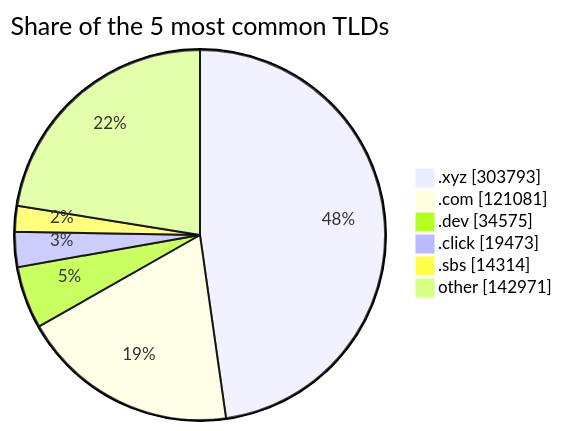
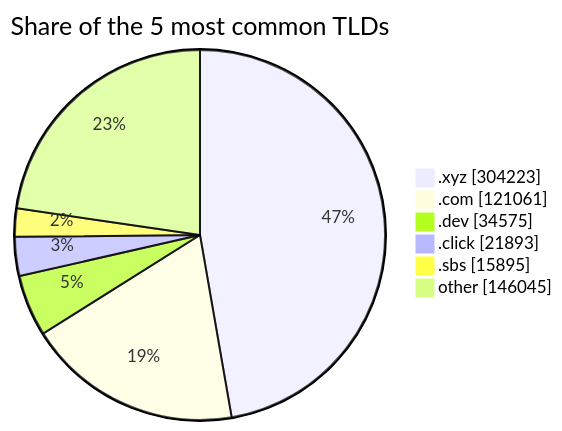
The third of 3 diagrams in README.md (DNSBunker/CTI), drawn with Mermaid before and after one commit. The commit also changed other lines of this file and 3 other files, not shown here.

````diff
--- a/README.md
+++ b/README.md
@@ -81,9 +81,9 @@
 ```mermaid
 pie showData title Share of the 5 most common TLDs
-    ".xyz" : 303793
-    ".com" : 121081
+    ".xyz" : 304223
+    ".com" : 121061
     ".dev" : 34575
-    ".click" : 19473
-    ".sbs" : 14314
-    "other" : 142971
+    ".click" : 21893
+    ".sbs" : 15895
+    "other" : 146045
 ```
````
